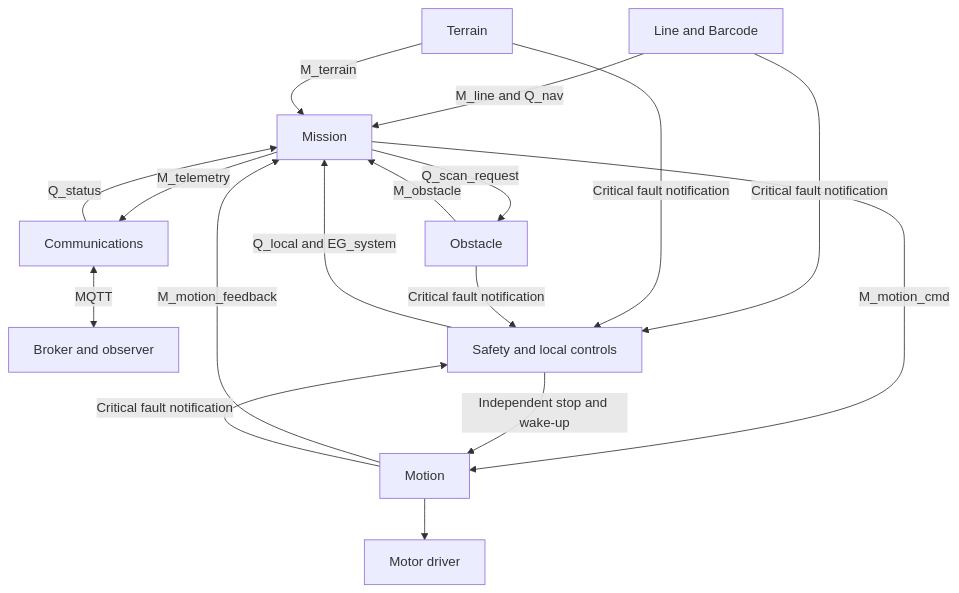
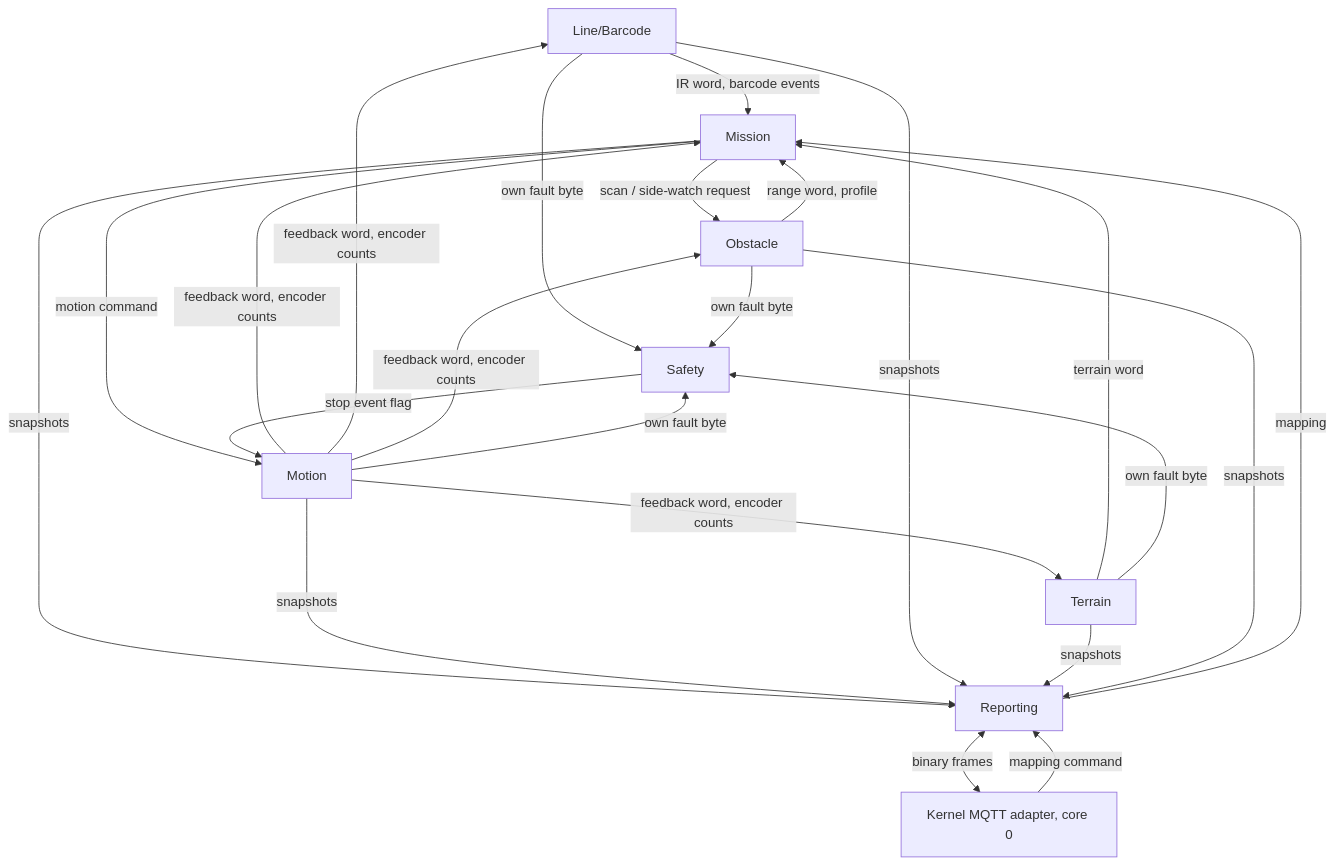
Before and after one commit to shauniee/Autonomous-Robotic-Car: the diagram in docs/ARCHITECTURE.md, drawn with Mermaid. The commit also changed other lines of this file and 10 other files, not shown here.

Commit message:
docs(specs): realign specs, architecture and data representation to Tribunal 1 and the change requirement (#20)

````diff
--- a/docs/ARCHITECTURE.md
+++ b/docs/ARCHITECTURE.md
@@ -7,16 +27,14 @@
 ```mermaid
 flowchart TD
-    Line[Line and Barcode] -->|M_line and Q_nav| Mission[Mission]
-    Terrain[Terrain] -->|M_terrain| Mission
-    Obstacle[Obstacle] -->|M_obstacle| Mission
-    Mission -->|Q_scan_request| Obstacle
-    Mission -->|M_motion_cmd| Motion[Motion]
-    Motion -->|M_motion_feedback| Mission
-    Mission -->|M_telemetry| Comms[Communications]
-    Comms -->|Q_status| Mission
-    Comms <-->|MQTT| Broker[Broker and observer]
-    Safety[Safety and local controls] -->|Q_local and EG_system| Mission
-    Safety -->|Independent stop and wake-up| Motion
-    Motion --> Motors[Motor driver]
-    Line & Terrain & Obstacle & Motion -->|Critical fault notification| Safety
+    LB[Line/Barcode] -->|IR word, barcode events| Mission
+    Terrain -->|terrain word| Mission
+    Obstacle -->|range word, profile| Mission
+    Mission -->|scan / side-watch request| Obstacle
+    Mission -->|motion command| Motion
+    Motion -->|feedback word, encoder counts| Mission & LB & Terrain & Obstacle
+    Safety -->|stop event flag| Motion
+    LB & Terrain & Obstacle & Motion -->|own fault byte| Safety
+    Mission & Motion & LB & Terrain & Obstacle -->|snapshots| Reporting
+    Reporting <-->|binary frames| Kernel[Kernel MQTT adapter, core 0]
+    Kernel -->|mapping command| Reporting -->|mapping| Mission
 ```
````
